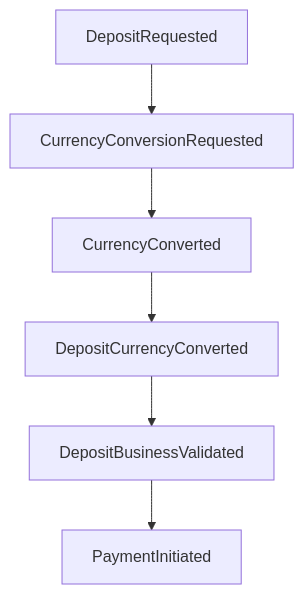
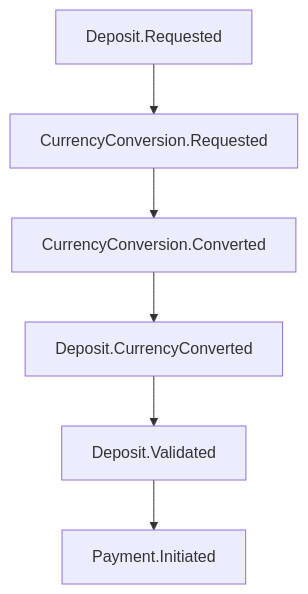
The first of 3 diagrams in docs/architecture.md (amirasaad/fintech), drawn with Mermaid before and after one commit. The commit also changed other lines of this file and 11 other files, not shown here.

````diff
--- a/docs/architecture.md
+++ b/docs/architecture.md
@@ -34,8 +34,8 @@
 ```mermaid
 graph TD
-    A[DepositRequested] --> B[CurrencyConversionRequested]
-    B --> C[CurrencyConverted]
-    C --> D[DepositCurrencyConverted]
-    D --> E[DepositBusinessValidated]
-    E --> F[PaymentInitiated]
+    A[Deposit.Requested] --> B[CurrencyConversion.Requested]
+    B --> C[CurrencyConversion.Converted]
+    C --> D[Deposit.CurrencyConverted]
+    D --> E[Deposit.Validated]
+    E --> F[Payment.Initiated]
 ```
````
